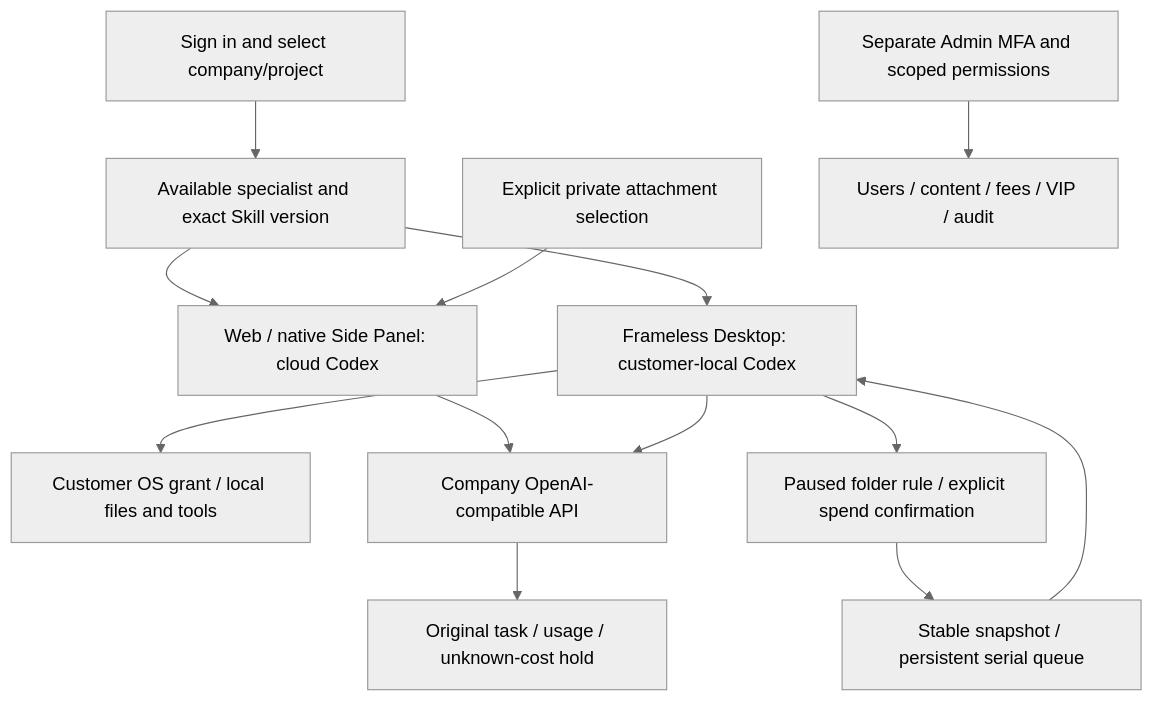
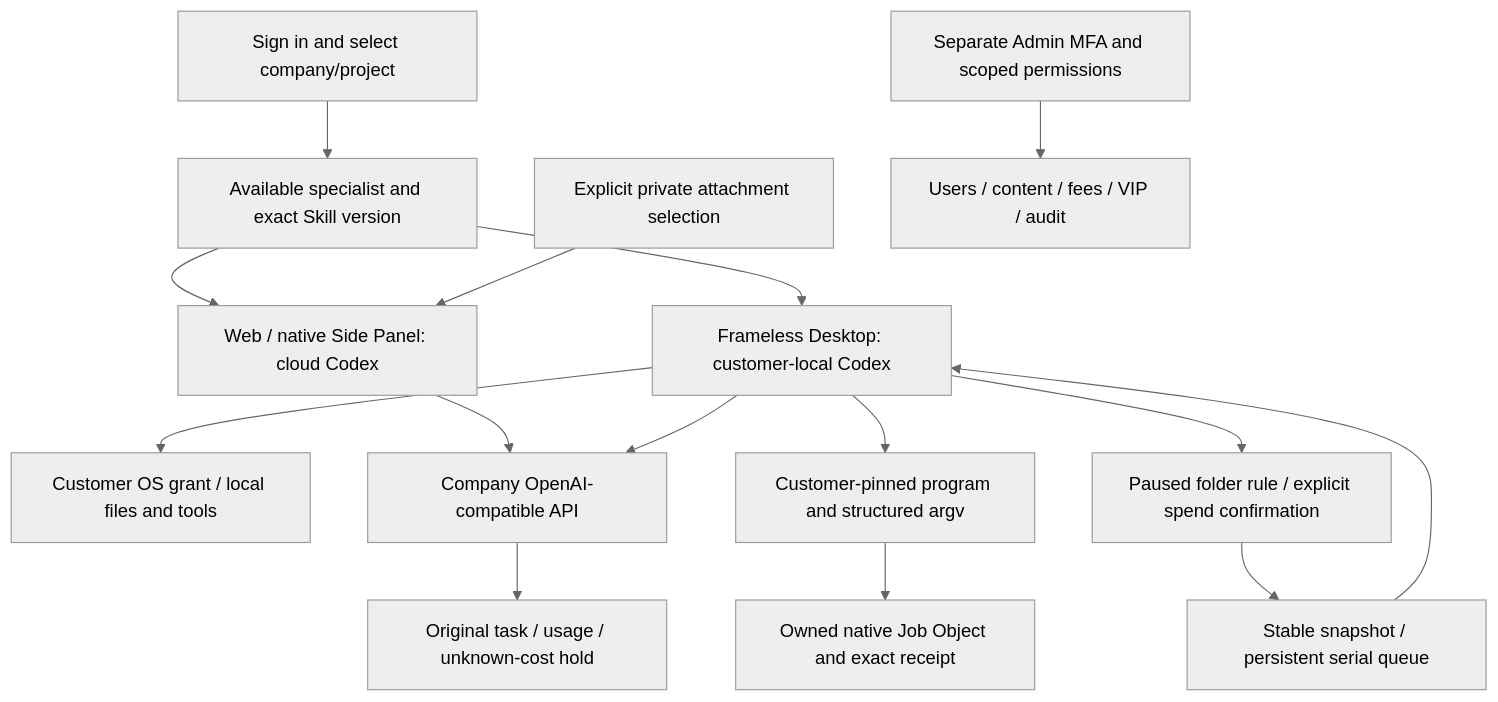
Before and after one commit to copypasteltd/workmate: the diagram in docs/README.en.md, drawn with Mermaid (neutral theme). The commit also changed other lines of this file and 128 other files, not shown here.

Commit message:
Record approved local programs and bounded native browser delivery

````diff
--- a/docs/README.en.md
+++ b/docs/README.en.md
@@ -65,15 +73,17 @@
 ```mermaid
 flowchart TD
   Login[Sign in and select company/project] --> Role[Available specialist and exact Skill version]
   Role --> Cloud[Web / native Side Panel: cloud Codex]
   Role --> Local[Frameless Desktop: customer-local Codex]
   Files[Explicit private attachment selection] --> Cloud
   Local --> Grant[Customer OS grant / local files and tools]
+  Local --> Programs[Customer-pinned program and structured argv]
+  Programs --> Process[Owned native Job Object and exact receipt]
   Local --> Rules[Paused folder rule / explicit spend confirmation]
   Rules --> Queue[Stable snapshot / persistent serial queue]
   Queue --> Local
   Cloud --> Company[Company OpenAI-compatible API]
   Local --> Company
   Company --> Ledger[Original task / usage / unknown-cost hold]
   Admin[Separate Admin MFA and scoped permissions] --> Governance[Users / content / fees / VIP / audit]
 ```
````
